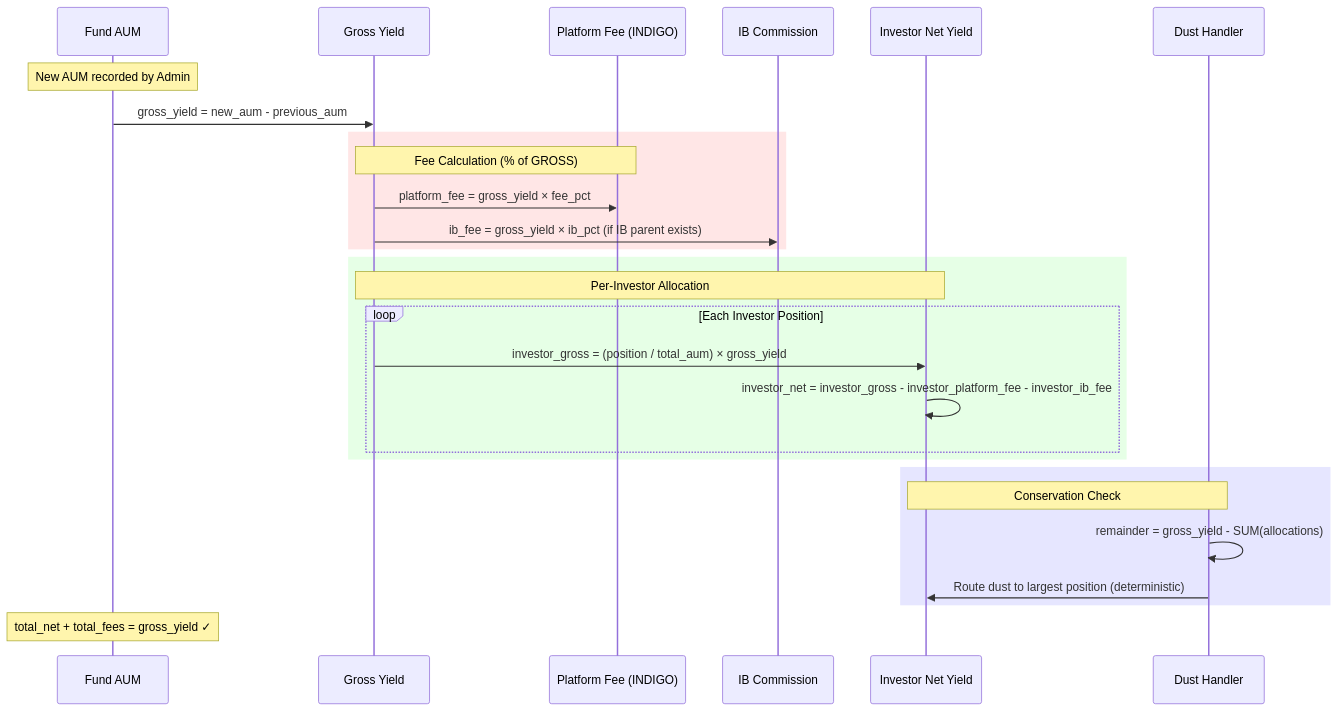
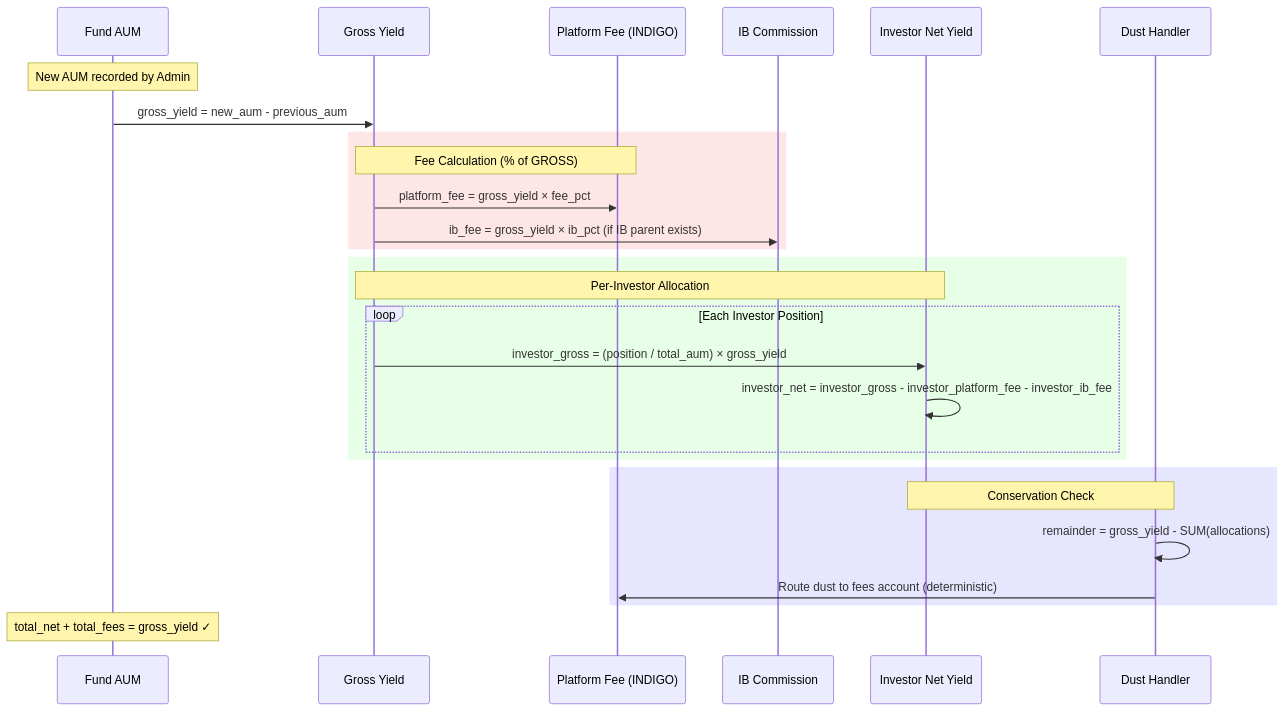
Before and after one commit to hamstamgram/indigo-yield-platform-b7f7795a: the sixth of 10 diagrams in docs/ARCHITECTURE.md, drawn with Mermaid. The commit also changed other lines of this file and 9 other files, not shown here.

````diff
--- a/docs/ARCHITECTURE.md
+++ b/docs/ARCHITECTURE.md
@@ -253,34 +253,34 @@
 ```mermaid
 sequenceDiagram
     participant Fund as Fund AUM
     participant GY as Gross Yield
     participant PF as Platform Fee (INDIGO)
     participant IB as IB Commission
     participant Inv as Investor Net Yield
     participant Dust as Dust Handler
     
     Note over Fund: New AUM recorded by Admin
     Fund->>GY: gross_yield = new_aum - previous_aum
     
     rect rgb(255, 230, 230)
         Note over GY,PF: Fee Calculation (% of GROSS)
         GY->>PF: platform_fee = gross_yield × fee_pct
         GY->>IB: ib_fee = gross_yield × ib_pct (if IB parent exists)
     end
     
     rect rgb(230, 255, 230)
         Note over GY,Inv: Per-Investor Allocation
         loop Each Investor Position
             GY->>Inv: investor_gross = (position / total_aum) × gross_yield
             Inv->>Inv: investor_net = investor_gross - investor_platform_fee - investor_ib_fee
         end
     end
     
     rect rgb(230, 230, 255)
         Note over Inv,Dust: Conservation Check
         Dust->>Dust: remainder = gross_yield - SUM(allocations)
-        Dust->>Inv: Route dust to largest position (deterministic)
+        Dust->>PF: Route dust to fees account (deterministic)
     end
     
     Note over Fund: total_net + total_fees = gross_yield ✓
 ```
````
